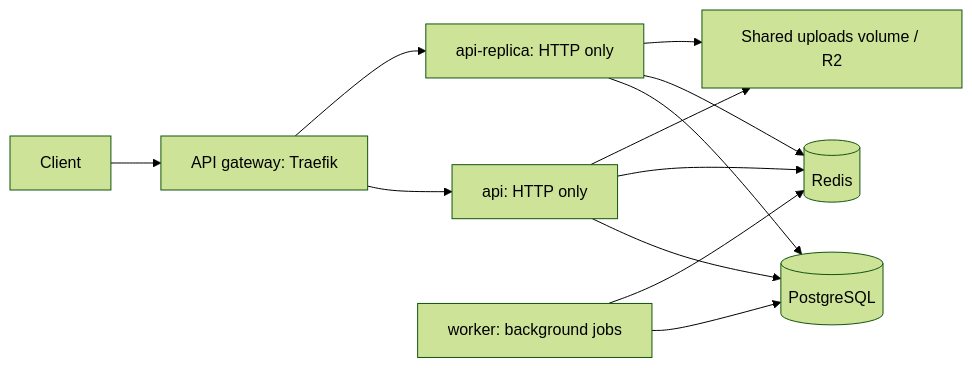
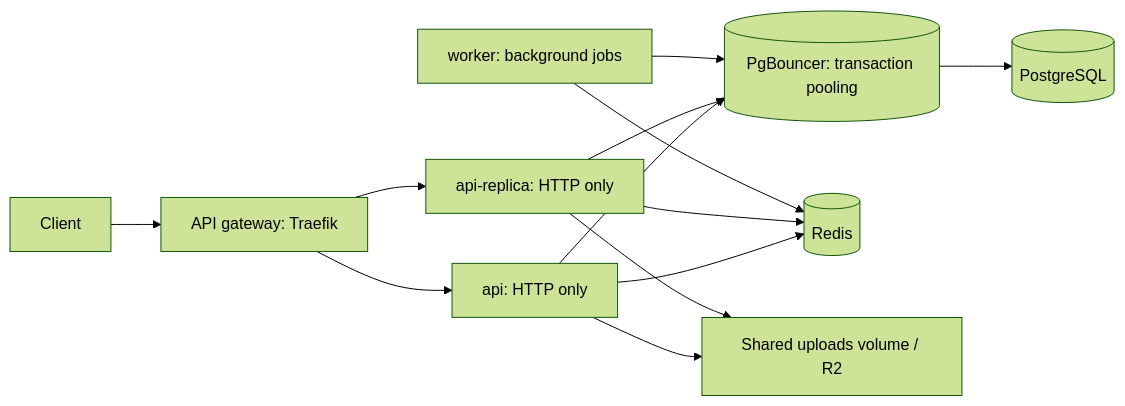
Before and after one commit to sovandara1607/Unity-RUNN: the diagram in deploy/load-balancing.md, drawn with Mermaid (forest theme). The commit also changed other lines of this file and 99 other files, not shown here.

````diff
--- a/deploy/load-balancing.md
+++ b/deploy/load-balancing.md
@@ -5,14 +5,15 @@
 ```mermaid
 flowchart LR
     Client --> Gateway[API gateway: Traefik]
     Gateway --> API1[api: HTTP only]
     Gateway --> API2[api-replica: HTTP only]
-    API1 --> DB[(PostgreSQL)]
-    API2 --> DB
+    API1 --> PgBouncer[(PgBouncer: transaction pooling)]
+    API2 --> PgBouncer
+    Worker[worker: background jobs] --> PgBouncer
+    PgBouncer --> DB[(PostgreSQL)]
     API1 --> Redis[(Redis)]
     API2 --> Redis
-    Worker[worker: background jobs] --> DB
     Worker --> Redis
     API1 --> Uploads[Shared uploads volume / R2]
     API2 --> Uploads
 ```
````
